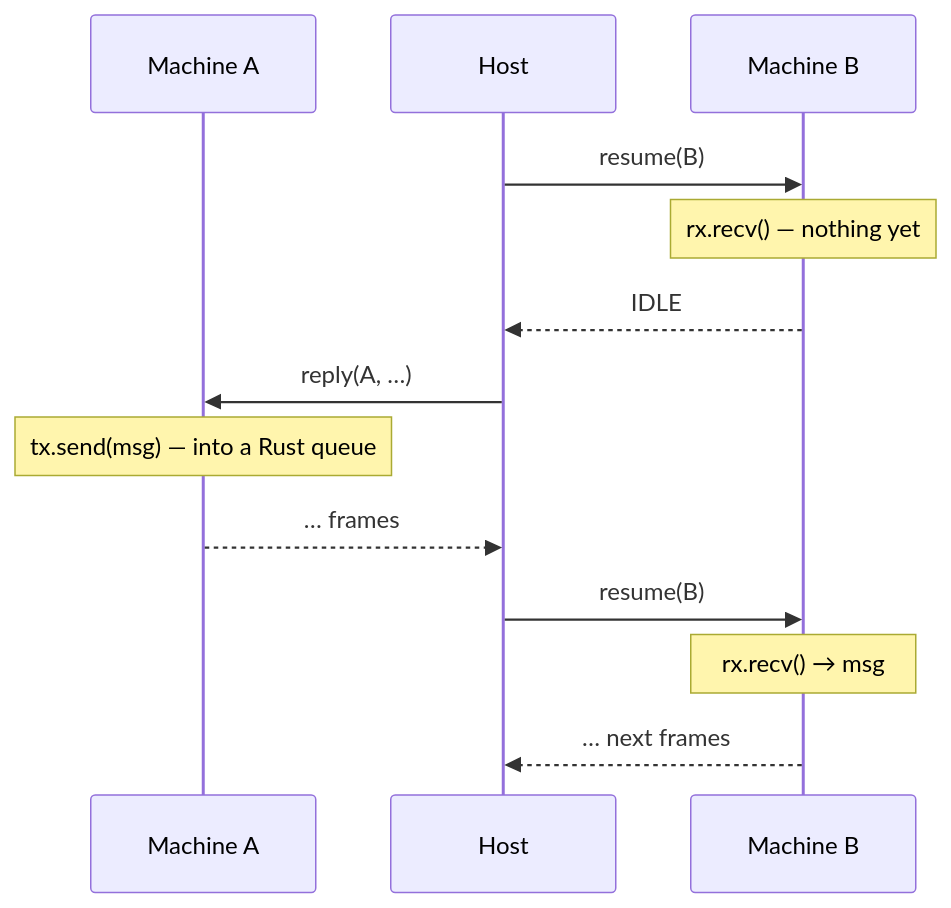
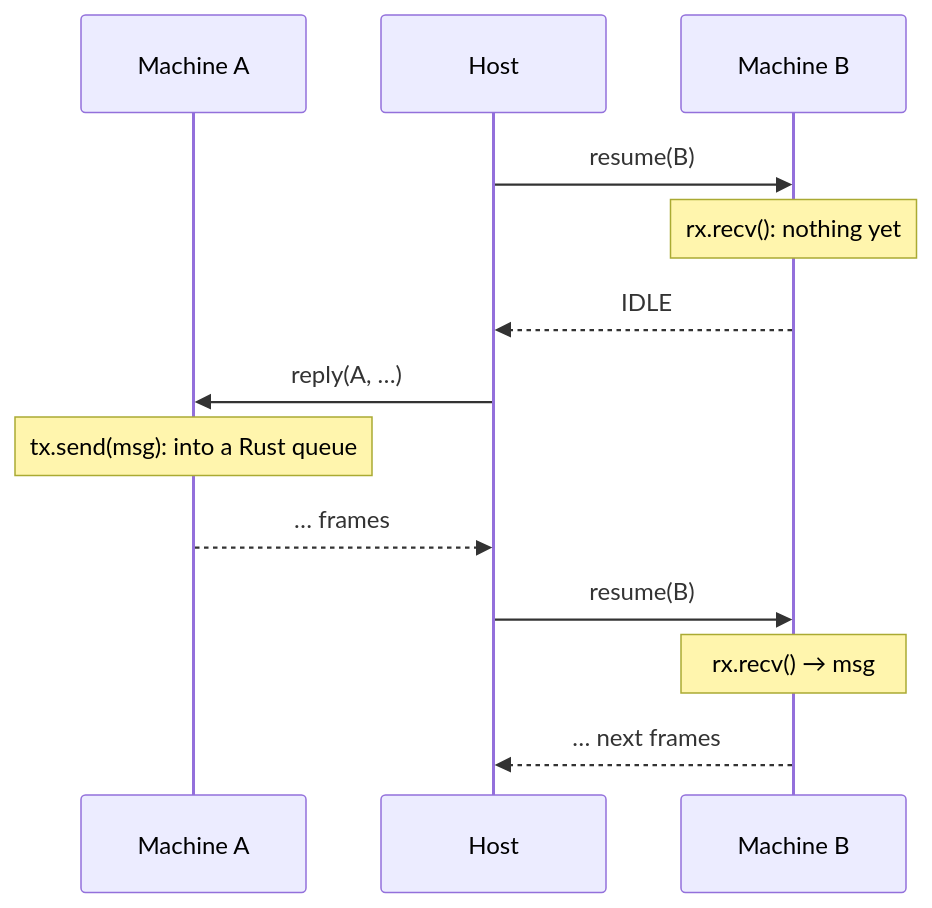
One commit to inkandswitch/sans-effort changed the diagram in design/channels.md. Above: the diagram before and after it, drawn with Mermaid. The commit also changed other lines of this file and 23 other files, not shown here.

````diff
--- a/design/channels.md
+++ b/design/channels.md
@@ -24,16 +21,16 @@
 ```mermaid
 sequenceDiagram
     participant A as Machine A
     participant H as Host
     participant B as Machine B
 
     H->>B: resume(B)
-    Note over B: rx.recv() — nothing yet
+    Note over B: rx.recv(): nothing yet
     B-->>H: IDLE
     H->>A: reply(A, …)
-    Note over A: tx.send(msg) — into a Rust queue
+    Note over A: tx.send(msg): into a Rust queue
     A-->>H: … frames
     H->>B: resume(B)
     Note over B: rx.recv() → msg
     B-->>H: … next frames
 ```
````
